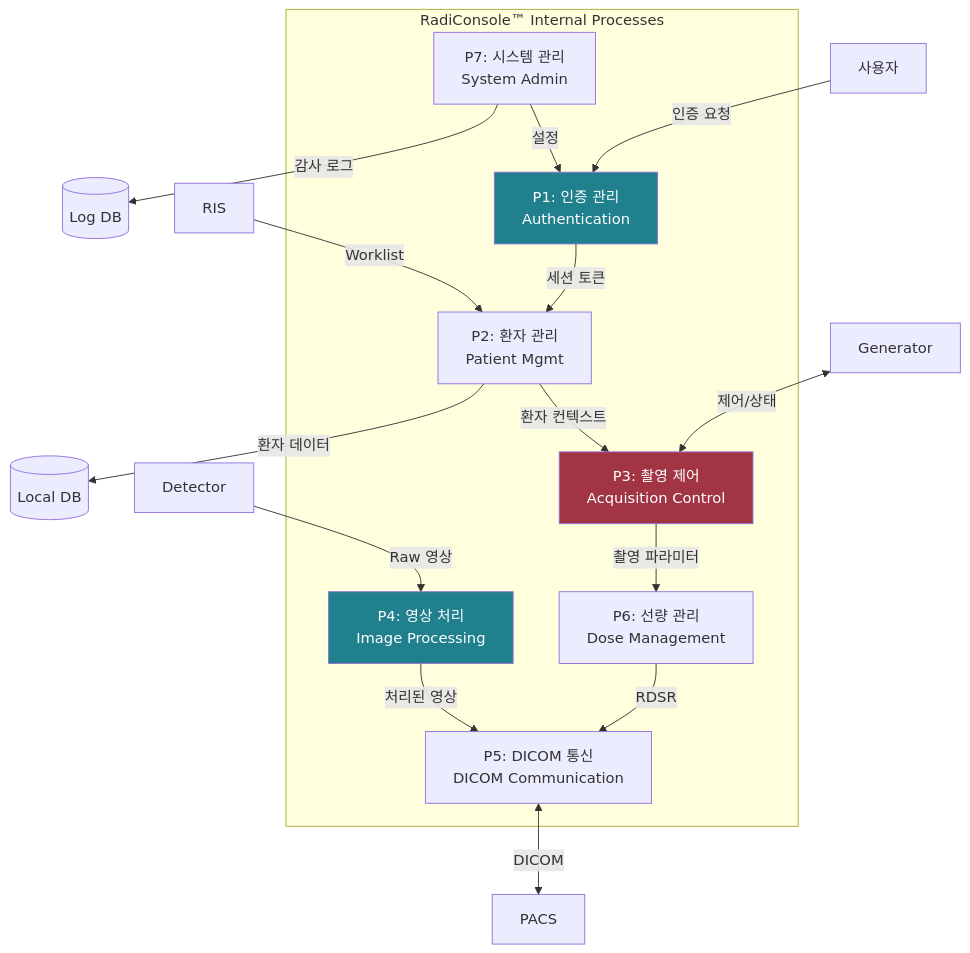
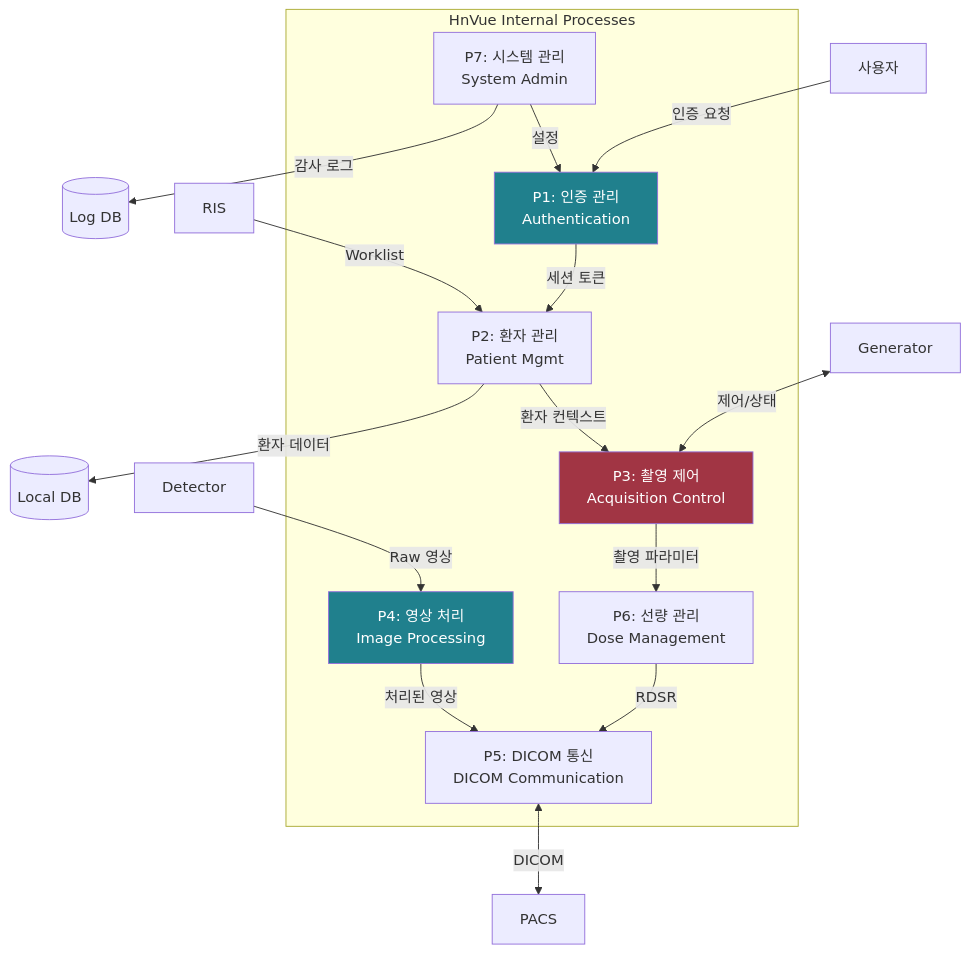
The third of 7 diagrams in docs/risk/DOC-017_ThreatModel_v1.0.md (holee9/console-gui), drawn with Mermaid before and after one commit. The commit also changed other lines of this file and 34 other files, not shown here.

First line of the commit message:
fix: RadiConsole → HnVue 전체 일괄 변경 (35개 파일, 300건+)

````diff
--- a/docs/risk/DOC-017_ThreatModel_v1.0.md
+++ b/docs/risk/DOC-017_ThreatModel_v1.0.md
@@ -180,30 +180,30 @@
 ```mermaid
 graph TB
-    subgraph "RadiConsole™ Internal Processes"
+    subgraph "HnVue Internal Processes"
         P1[P1: 인증 관리<br/>Authentication]
         P2[P2: 환자 관리<br/>Patient Mgmt]
         P3[P3: 촬영 제어<br/>Acquisition Control]
         P4[P4: 영상 처리<br/>Image Processing]
         P5[P5: DICOM 통신<br/>DICOM Communication]
         P6[P6: 선량 관리<br/>Dose Management]
         P7[P7: 시스템 관리<br/>System Admin]
     end
     
     EXT_USER[사용자] -->|인증 요청| P1
     P1 -->|세션 토큰| P2
     EXT_RIS[RIS] -->|Worklist| P2
     P2 -->|환자 컨텍스트| P3
     EXT_XGEN[Generator] <-->|제어/상태| P3
     EXT_DET[Detector] -->|Raw 영상| P4
     P3 -->|촬영 파라미터| P6
     P4 -->|처리된 영상| P5
     P5 <-->|DICOM| EXT_PACS[PACS]
     P6 -->|RDSR| P5
     P7 -->|설정| P1
     P7 -->|감사 로그| DS_LOG[(Log DB)]
     P2 -->|환자 데이터| DS_DB[(Local DB)]
     
     style P1 fill:#20808D,color:#fff
     style P3 fill:#A13544,color:#fff
     style P4 fill:#20808D,color:#fff
 ```
````
